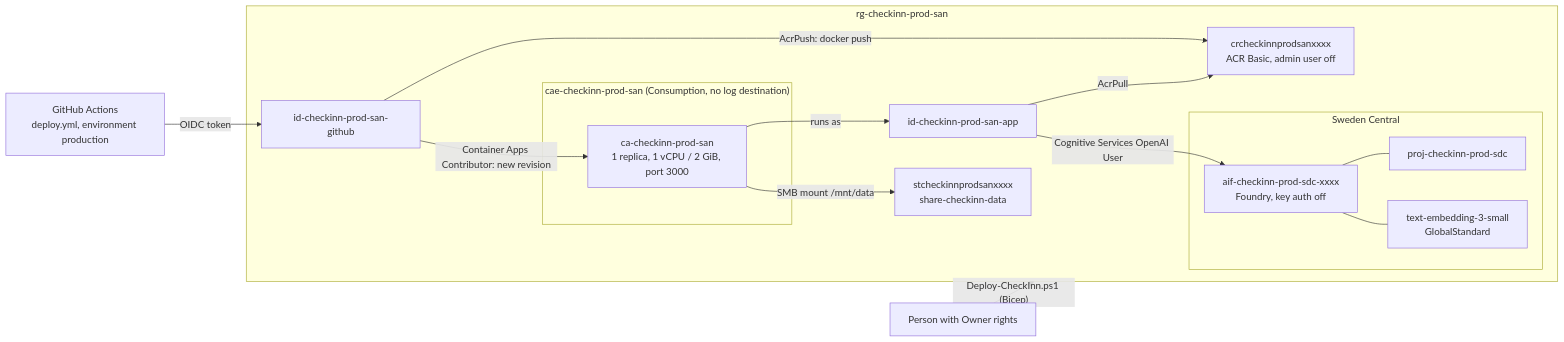
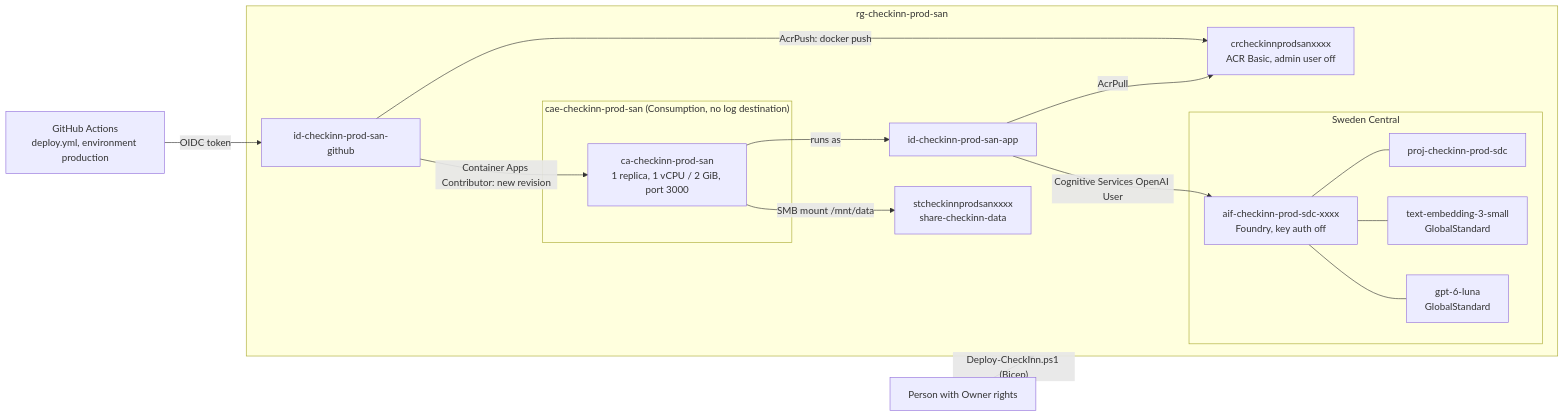
The diagram in infra/README.md (Dynamic-Visual-Technologies-PTY-LTD/checkinn), drawn with Mermaid before and after one commit. The commit also changed other lines of this file and 7 other files, not shown here.

First line of the commit message:
feat(infra): deploy gpt-6-luna to Foundry

````diff
--- a/infra/README.md
+++ b/infra/README.md
@@ -9,27 +9,29 @@
 ```mermaid
 flowchart LR
   dev["Person with Owner rights"] -- "Deploy-CheckInn.ps1 (Bicep)" --> rg
   subgraph rg["rg-checkinn-prod-san"]
     subgraph cae["cae-checkinn-prod-san (Consumption, no log destination)"]
       ca["ca-checkinn-prod-san<br/>1 replica, 1 vCPU / 2 GiB, port 3000"]
     end
     cr["crcheckinnprodsanxxxx<br/>ACR Basic, admin user off"]
     st["stcheckinnprodsanxxxx<br/>share-checkinn-data"]
     idapp["id-checkinn-prod-san-app"]
     idgh["id-checkinn-prod-san-github"]
     subgraph sdc["Sweden Central"]
       aif["aif-checkinn-prod-sdc-xxxx<br/>Foundry, key auth off"]
       proj["proj-checkinn-prod-sdc"]
       emb["text-embedding-3-small<br/>GlobalStandard"]
+      chat["gpt-6-luna<br/>GlobalStandard"]
       aif --- proj
       aif --- emb
+      aif --- chat
     end
   end
   ca -- "runs as" --> idapp
   idapp -- "AcrPull" --> cr
   idapp -- "Cognitive Services OpenAI User" --> aif
   ca -- "SMB mount /mnt/data" --> st
   gh["GitHub Actions<br/>deploy.yml, environment production"] -- "OIDC token" --> idgh
   idgh -- "AcrPush: docker push" --> cr
   idgh -- "Container Apps Contributor: new revision" --> ca
 ```
````
